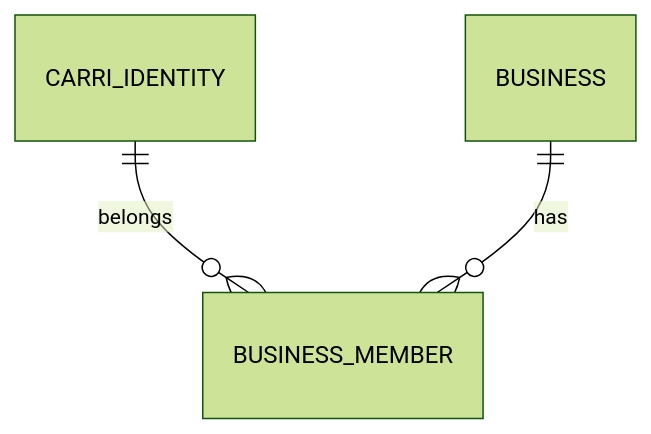
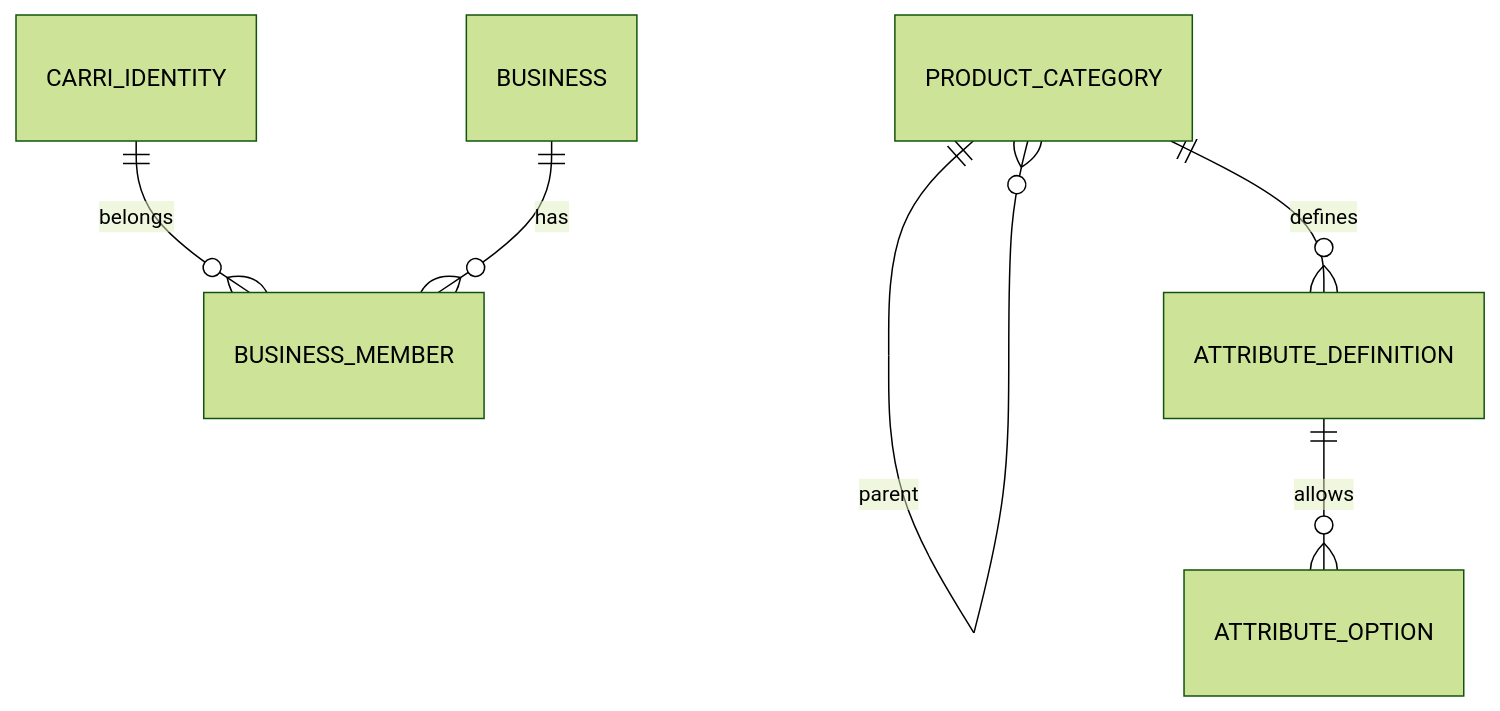
The diagram in docs/database.md (djtg-dig/ecommerceback), drawn with Mermaid (forest theme) before and after one commit. The commit also changed other lines of this file and 20 other files, not shown here.

Commit message:
feat: add product taxonomy and dynamic attribute definitions

````diff
--- a/docs/database.md
+++ b/docs/database.md
@@ -3,5 +3,8 @@
 ```mermaid
 erDiagram
   CARRI_IDENTITY ||--o{ BUSINESS_MEMBER : belongs
   BUSINESS ||--o{ BUSINESS_MEMBER : has
+  PRODUCT_CATEGORY ||--o{ PRODUCT_CATEGORY : parent
+  PRODUCT_CATEGORY ||--o{ ATTRIBUTE_DEFINITION : defines
+  ATTRIBUTE_DEFINITION ||--o{ ATTRIBUTE_OPTION : allows
 ```
````
